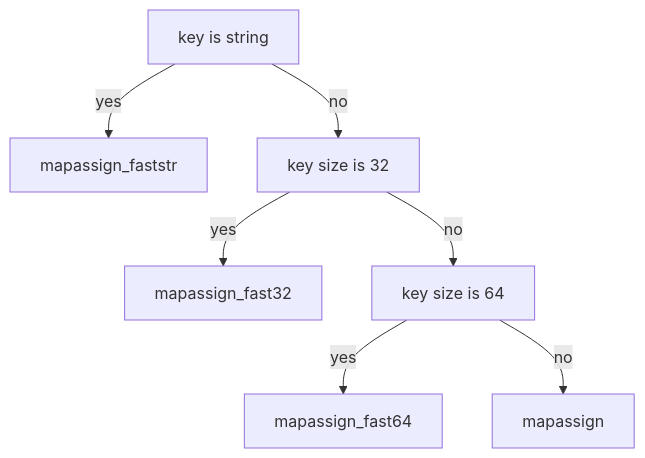
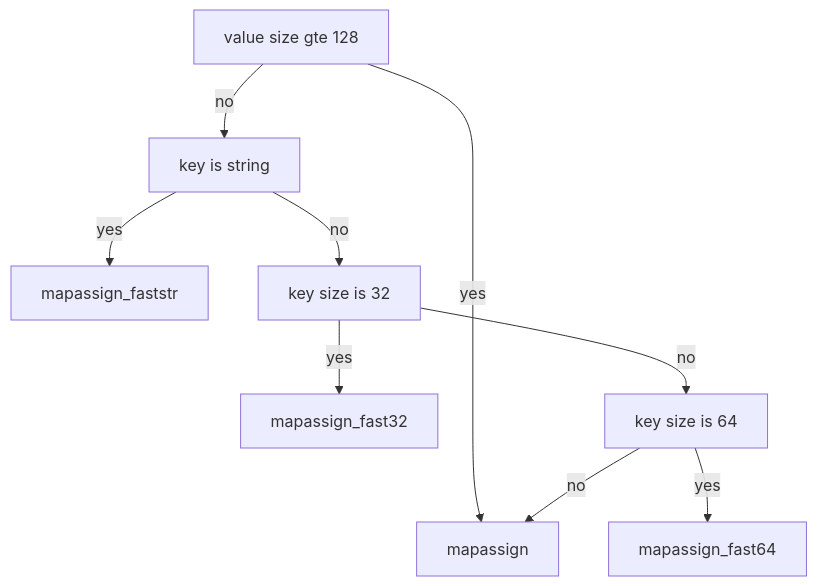
One commit to cch123/golang-notes changed the diagram in map.md. Above: the diagram before and after it, drawn with Mermaid.

Commit message:
update map

````diff
--- a/map.md
+++ b/map.md
@@ -384,9 +384,11 @@
 ```mermaid
 graph TD
-A[key is string] --> |yes|B[mapassign_faststr]
+Z[value size gte 128] --> |yes|G[mapassign]
+Z --> |no| A[key is string]
+A --> |yes|B[mapassign_faststr]
 A --> |no|C[key size is 32]
 C --> |yes|D[mapassign_fast32]
 C --> |no|E[key size is 64]
 E --> |yes|F[mapassign_fast64]
 E --> |no|G[mapassign]
 ```
````
